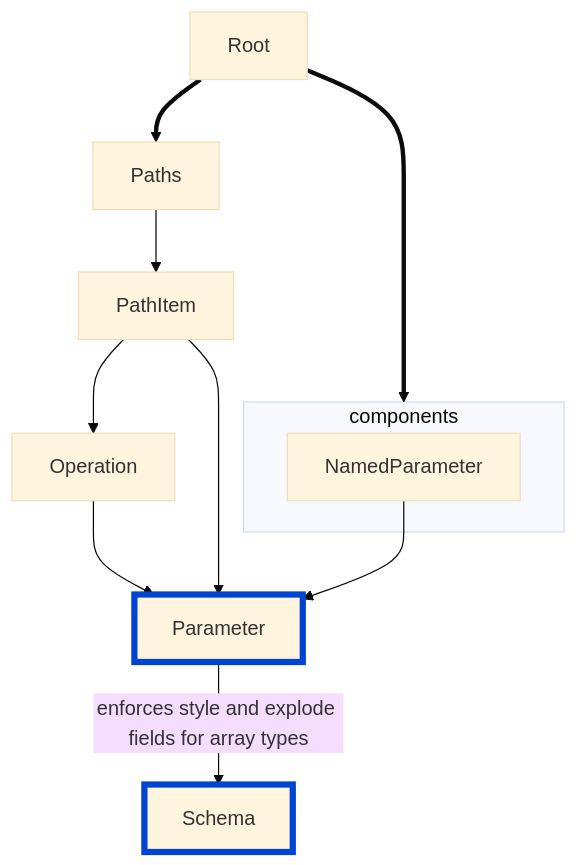
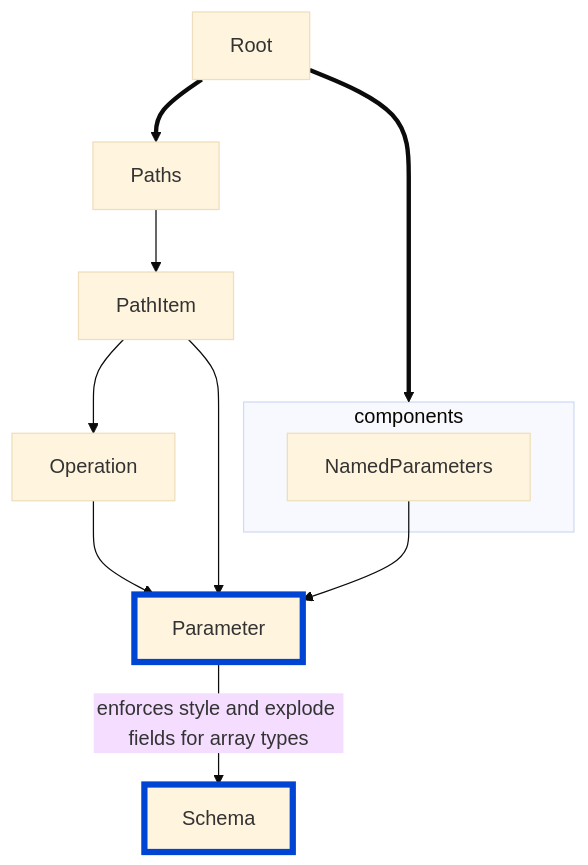
One commit to Redocly/redocly-cli changed the diagram in docs/@v1/rules/oas/array-parameter-serialization.md. Above: the diagram before and after it, drawn with Mermaid (base theme). The commit also changed 7 other files, not shown here.

````diff
--- a/docs/@v1/rules/oas/array-parameter-serialization.md
+++ b/docs/@v1/rules/oas/array-parameter-serialization.md
@@ -15,16 +15,16 @@
 ```mermaid
 flowchart TD
 
 Root ==> Paths --> PathItem --> Operation --> Parameter --enforces style and explode fields for array types--> Schema
 PathItem --> Parameter
-NamedParameter --> Parameter
+NamedParameters --> Parameter
 
 Root ==> components
 
 subgraph components
-NamedParameter
+NamedParameters
 end
 
 style Parameter fill:#codaf9,stroke:#0044d4,stroke-width:5px
 style Schema fill:#codaf9,stroke:#0044d4,stroke-width:5px
 ```
````
